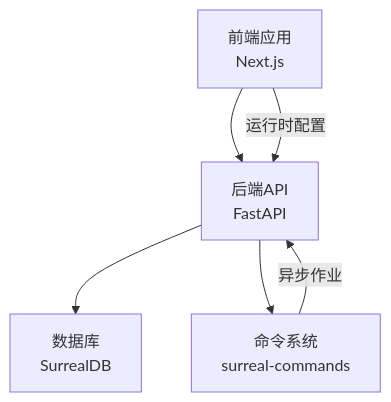
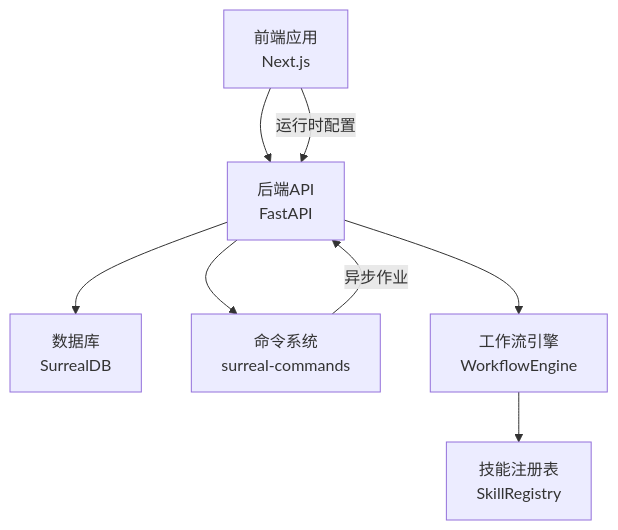
Before and after one commit to jackeyunjie/open-notebook: the first of 12 diagrams in .qoder/repowiki/zh/content/项目概述/核心功能特性/核心功能特性.md, drawn with Mermaid. The commit also changed other lines of this file and 24 other files, not shown here.

````diff
--- a/.qoder/repowiki/zh/content/项目概述/核心功能特性/核心功能特性.md
+++ b/.qoder/repowiki/zh/content/项目概述/核心功能特性/核心功能特性.md
@@ -57,8 +66,10 @@
 ```mermaid
 graph TB
 FE["前端应用<br/>Next.js"] --> API["后端API<br/>FastAPI"]
 API --> DB["数据库<br/>SurrealDB"]
 API --> CMD["命令系统<br/>surreal-commands"]
 FE --> |运行时配置| API
 CMD --> |异步作业| API
+API --> WF["工作流引擎<br/>WorkflowEngine"]
+WF --> SK["技能注册表<br/>SkillRegistry"]
 ```
````
